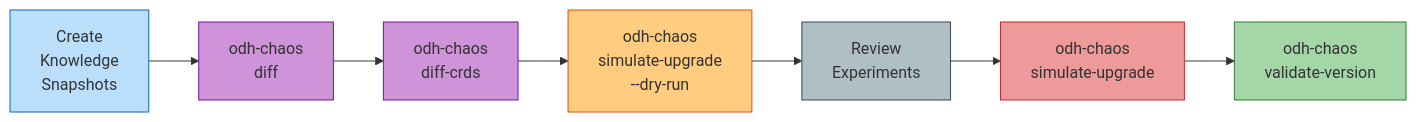
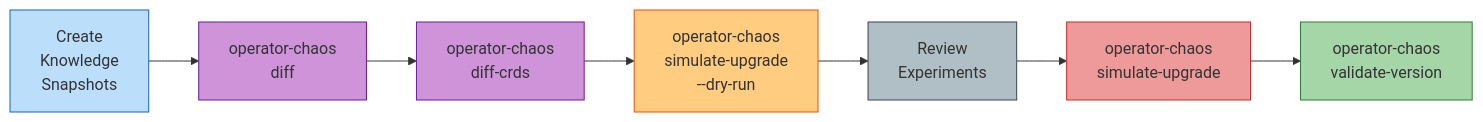
Before and after one commit to opendatahub-io/operator-chaos: the diagram in site/docs/guides/upgrade-testing.md, drawn with Mermaid. The commit also changed other lines of this file and 441 other files, not shown here.

First line of the commit message:
feat: rename to operator-chaos + fix 5 bugs from adversarial review

````diff
--- a/site/docs/guides/upgrade-testing.md
+++ b/site/docs/guides/upgrade-testing.md
@@ -26,17 +26,17 @@
 ```mermaid
 flowchart LR
-    A["Create\nKnowledge\nSnapshots"] --> B["odh-chaos\ndiff"]
-    B --> C["odh-chaos\ndiff-crds"]
-    C --> D["odh-chaos\nsimulate-upgrade\n--dry-run"]
+    A["Create\nKnowledge\nSnapshots"] --> B["operator-chaos\ndiff"]
+    B --> C["operator-chaos\ndiff-crds"]
+    C --> D["operator-chaos\nsimulate-upgrade\n--dry-run"]
     D --> E["Review\nExperiments"]
-    E --> F["odh-chaos\nsimulate-upgrade"]
-    F --> G["odh-chaos\nvalidate-version"]
+    E --> F["operator-chaos\nsimulate-upgrade"]
+    F --> G["operator-chaos\nvalidate-version"]
 
     style A fill:#bbdefb,stroke:#1565c0
     style B fill:#ce93d8,stroke:#6a1b9a
     style C fill:#ce93d8,stroke:#6a1b9a
     style D fill:#ffcc80,stroke:#e65100
     style E fill:#b0bec5,stroke:#37474f
     style F fill:#ef9a9a,stroke:#c62828
     style G fill:#a5d6a7,stroke:#2e7d32
 ```
````
